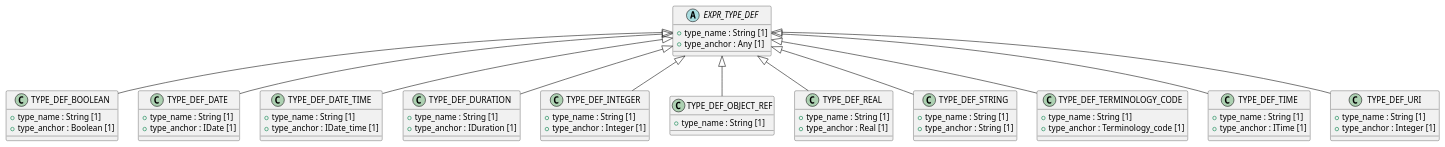
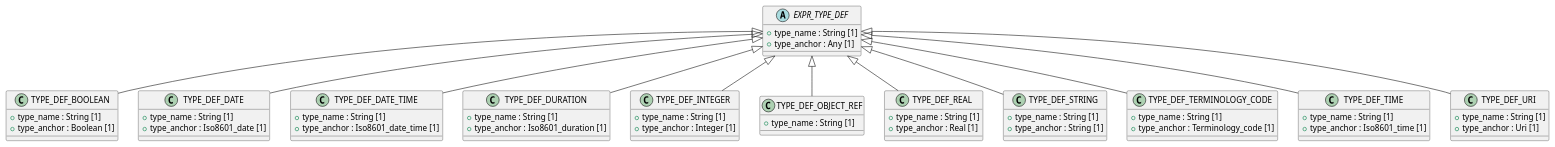
Before and after one commit to sebastian-iancu/code-generator: the diagram in code/Adoc/openehr_lang_1.1.0/plantUML/packages/org.openehr.lang.beom.types.adoc, drawn with PlantUML. The commit also changed 719 other files, not shown here.

```diff
--- a/code/Adoc/openehr_lang_1.1.0/plantUML/packages/org.openehr.lang.beom.types.adoc
+++ b/code/Adoc/openehr_lang_1.1.0/plantUML/packages/org.openehr.lang.beom.types.adoc
@@ -1,77 +1,77 @@
 [plantuml,types,format=svg,svg-type="inline"]
 -----
 @startuml
 
 abstract class EXPR_TYPE_DEF {
   + type_name : String [1]
   + type_anchor : Any [1]
 }
 
 class TYPE_DEF_BOOLEAN {
   + type_name : String [1]
   + type_anchor : Boolean [1]
 }
 
 class TYPE_DEF_DATE {
   + type_name : String [1]
-  + type_anchor : IDate [1]
+  + type_anchor : Iso8601_date [1]
 }
 
 class TYPE_DEF_DATE_TIME {
   + type_name : String [1]
-  + type_anchor : IDate_time [1]
+  + type_anchor : Iso8601_date_time [1]
 }
 
 class TYPE_DEF_DURATION {
   + type_name : String [1]
-  + type_anchor : IDuration [1]
+  + type_anchor : Iso8601_duration [1]
 }
 
 class TYPE_DEF_INTEGER {
   + type_name : String [1]
   + type_anchor : Integer [1]
 }
 
 class TYPE_DEF_OBJECT_REF {
   + type_name : String [1]
 }
 
 class TYPE_DEF_REAL {
   + type_name : String [1]
   + type_anchor : Real [1]
 }
 
 class TYPE_DEF_STRING {
   + type_name : String [1]
   + type_anchor : String [1]
 }
 
 class TYPE_DEF_TERMINOLOGY_CODE {
   + type_name : String [1]
   + type_anchor : Terminology_code [1]
 }
 
 class TYPE_DEF_TIME {
   + type_name : String [1]
-  + type_anchor : ITime [1]
+  + type_anchor : Iso8601_time [1]
 }
 
 class TYPE_DEF_URI {
   + type_name : String [1]
-  + type_anchor : Integer [1]
+  + type_anchor : Uri [1]
 }
 
 EXPR_TYPE_DEF <|-- TYPE_DEF_BOOLEAN
 EXPR_TYPE_DEF <|-- TYPE_DEF_DATE
 EXPR_TYPE_DEF <|-- TYPE_DEF_DATE_TIME
 EXPR_TYPE_DEF <|-- TYPE_DEF_DURATION
 EXPR_TYPE_DEF <|-- TYPE_DEF_INTEGER
 EXPR_TYPE_DEF <|-- TYPE_DEF_OBJECT_REF
 EXPR_TYPE_DEF <|-- TYPE_DEF_REAL
 EXPR_TYPE_DEF <|-- TYPE_DEF_STRING
 EXPR_TYPE_DEF <|-- TYPE_DEF_TERMINOLOGY_CODE
 EXPR_TYPE_DEF <|-- TYPE_DEF_TIME
 EXPR_TYPE_DEF <|-- TYPE_DEF_URI
 
 @enduml
 -----
```
